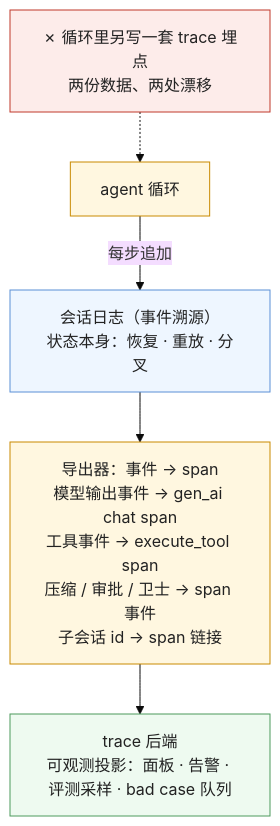
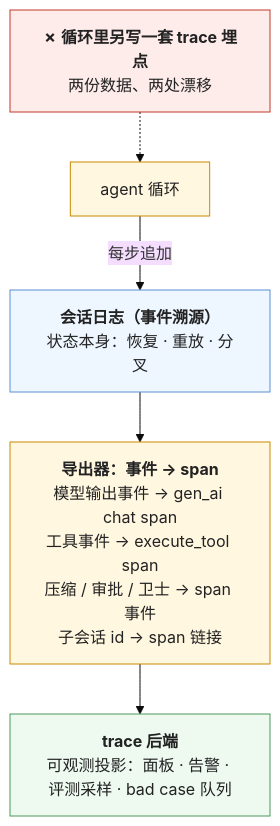
Before and after one commit to arganzheng/arganzheng.github.com: the fourth of 5 diagrams in _posts/2026-11-04-tracing-spans-opentelemetry-genai-conventions-and-tooling.md, drawn with Mermaid (base theme). The commit also changed other lines of this file and 7 other files, not shown here.

First line of the commit message:
评测、可观测与可追溯：怎么知道改了之后更好了：Mermaid 多行方框的首行标为标题（8 篇）

````diff
--- a/_posts/2026-11-04-tracing-spans-opentelemetry-genai-conventions-and-tooling.md
+++ b/_posts/2026-11-04-tracing-spans-opentelemetry-genai-conventions-and-tooling.md
@@ -187,16 +187,16 @@
 ```mermaid
 %% 图：会话日志与 trace 是一份数据的两种视图——运行时写 append-only 的事件日志（它是状态：恢复、重放、分叉靠它）；一个导出器把日志事件映射成 OTel span 与事件（模型调用事件 → gen_ai chat span，工具事件 → execute_tool span，压缩 / 审批 / 卫士 → span 事件），送进可观测后端做面板、告警、评测采样；不要让 agent 循环各写一份
 flowchart TB
-    LOOP["agent 循环"] -->|"每步追加"| LOG["会话日志（事件溯源）<br/>状态本身：恢复 · 重放 · 分叉"]
-    LOG --> EXP["导出器：事件 → span<br/>模型输出事件 → gen_ai chat span<br/>工具事件 → execute_tool span<br/>压缩 / 审批 / 卫士 → span 事件<br/>子会话 id → span 链接"]
-    EXP --> TR["trace 后端<br/>可观测投影：面板 · 告警 · 评测采样 · bad case 队列"]
-    X["✗ 循环里另写一套 trace 埋点<br/>两份数据、两处漂移"] -.-> LOOP
+    LOOP["agent 循环"] -->|"每步追加"| LOG["<b>会话日志（事件溯源）</b><br/>状态本身：恢复 · 重放 · 分叉"]
+    LOG --> EXP["<b>导出器：事件 → span</b><br/>模型输出事件 → gen_ai chat span<br/>工具事件 → execute_tool span<br/>压缩 / 审批 / 卫士 → span 事件<br/>子会话 id → span 链接"]
+    EXP --> TR["<b>trace 后端</b><br/>可观测投影：面板 · 告警 · 评测采样 · bad case 队列"]
+    X["<b>✗ 循环里另写一套 trace 埋点</b><br/>两份数据、两处漂移"] -.-> LOOP
     classDef n fill:#fff7e0,stroke:#c98a00,color:#222
     classDef log fill:#eef6ff,stroke:#5b8fd6,color:#222
     classDef ok fill:#eefaf0,stroke:#4d9a5c,color:#222
     classDef bad fill:#fdecea,stroke:#c0392b,color:#222
     class LOOP,EXP n
     class LOG log
     class TR ok
     class X bad
 ```
````
